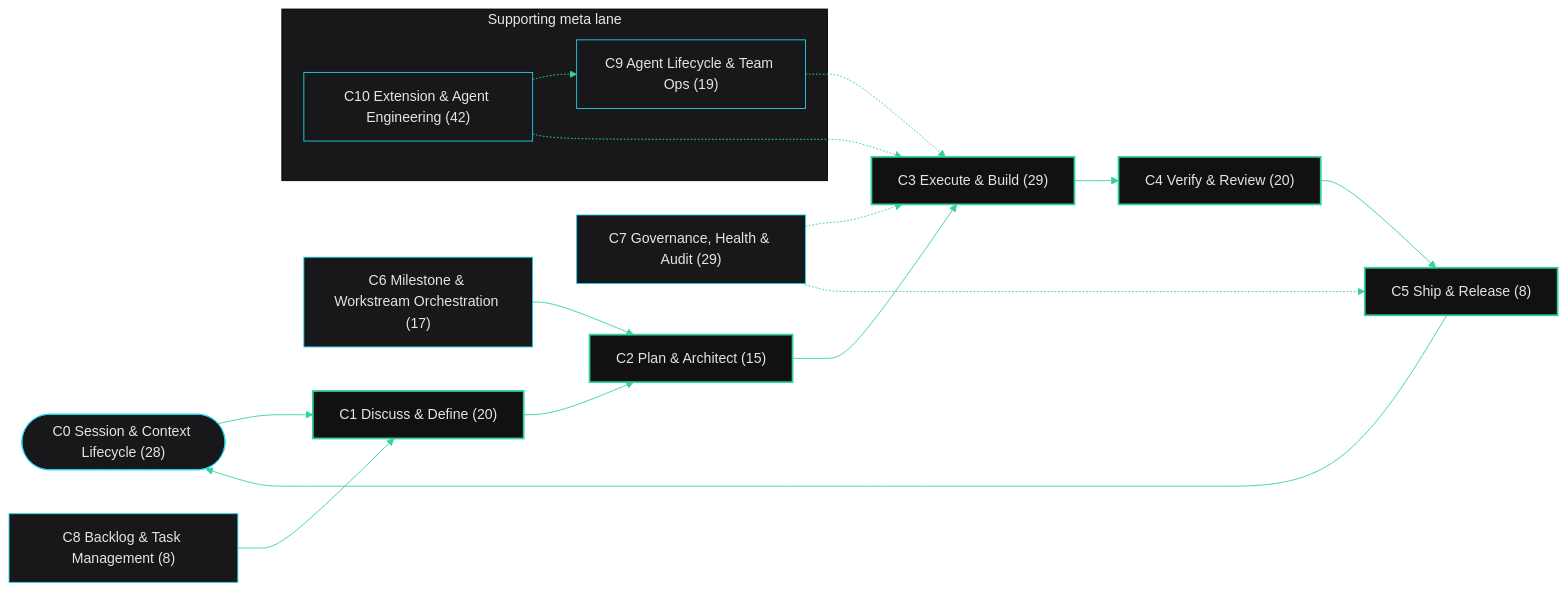
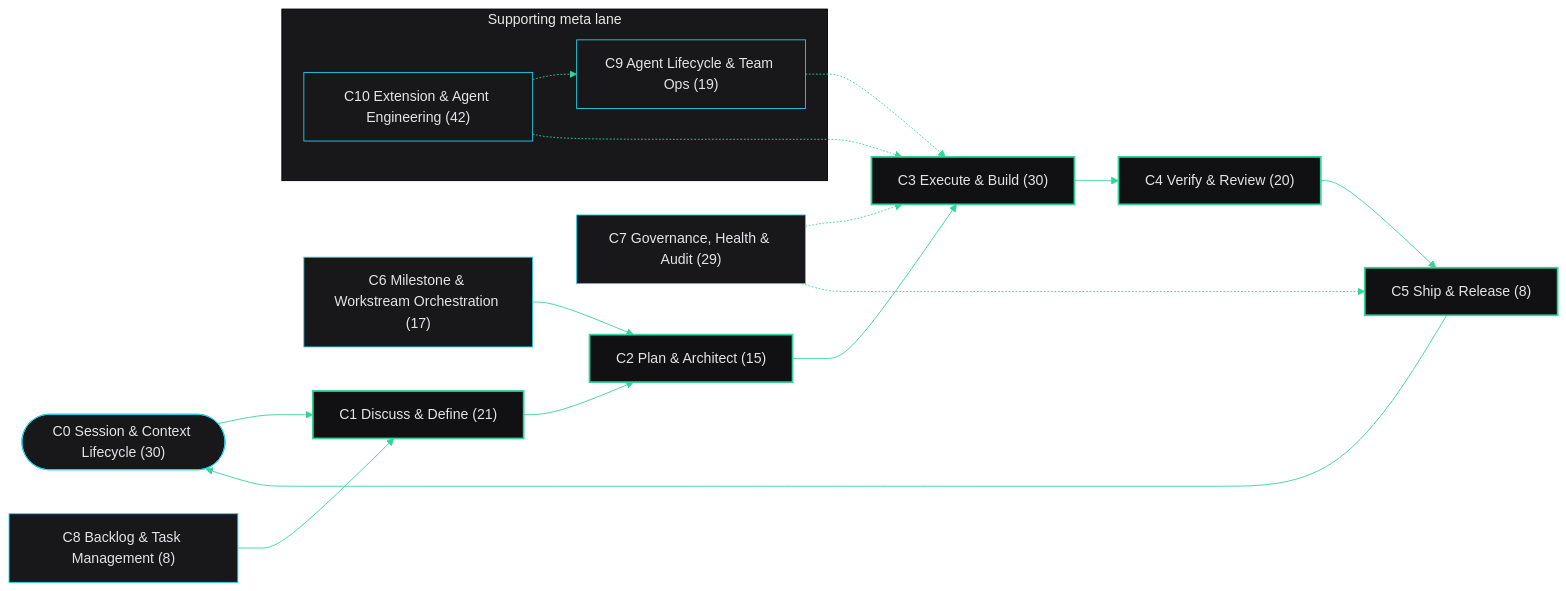
One commit to UsernameTron/Pete-Gets-Shit-Done changed the diagram in .planning/GSD-ECOSYSTEM-MAP-EXEC.md. Above: the diagram before and after it, drawn with Mermaid. The commit also changed other lines of this file and 9 other files, not shown here.

First line of the commit message:
feat(routing): wire /gsd:do to the built autonomous flows; refresh ecosystem map to 241 (#40)

````diff
--- a/.planning/GSD-ECOSYSTEM-MAP-EXEC.md
+++ b/.planning/GSD-ECOSYSTEM-MAP-EXEC.md
@@ -5,21 +5,21 @@
 ```mermaid
 %%{init: {'theme':'base','themeVariables':{'background':'#09090b','primaryColor':'#111113','primaryBorderColor':'#27272a','primaryTextColor':'#e4e4e7','lineColor':'#34d399','secondaryColor':'#22d3ee','tertiaryColor':'#18181b','fontFamily':'Plus Jakarta Sans, JetBrains Mono, monospace'}}}%%
 flowchart LR
-  C0(["C0 Session & Context Lifecycle (28)"])
-  C1["C1 Discuss & Define (20)"] --> C2["C2 Plan & Architect (15)"] --> C3["C3 Execute & Build (29)"] --> C4["C4 Verify & Review (20)"] --> C5["C5 Ship & Release (8)"]
+  C0(["C0 Session & Context Lifecycle (30)"])
+  C1["C1 Discuss & Define (21)"] --> C2["C2 Plan & Architect (15)"] --> C3["C3 Execute & Build (30)"] --> C4["C4 Verify & Review (20)"] --> C5["C5 Ship & Release (8)"]
   C0 --> C1
   C5 --> C0
   C8["C8 Backlog & Task Management (8)"] --> C1
   C6["C6 Milestone & Workstream Orchestration (17)"] --> C2
   C7["C7 Governance, Health & Audit (29)"] -.-> C3
   C7 -.-> C5
   subgraph META["Supporting meta lane"]
     C10["C10 Extension & Agent Engineering (42)"] -.-> C9["C9 Agent Lifecycle & Team Ops (19)"]
   end
   C9 -.-> C3
   C10 -.-> C3
   classDef spine fill:#111113,stroke:#34d399,color:#e4e4e7,stroke-width:2px;
   classDef wrap fill:#18181b,stroke:#22d3ee,color:#e4e4e7;
   class C1,C2,C3,C4,C5 spine;
   class C0,C6,C7,C8,C9,C10 wrap;
 ```
````
